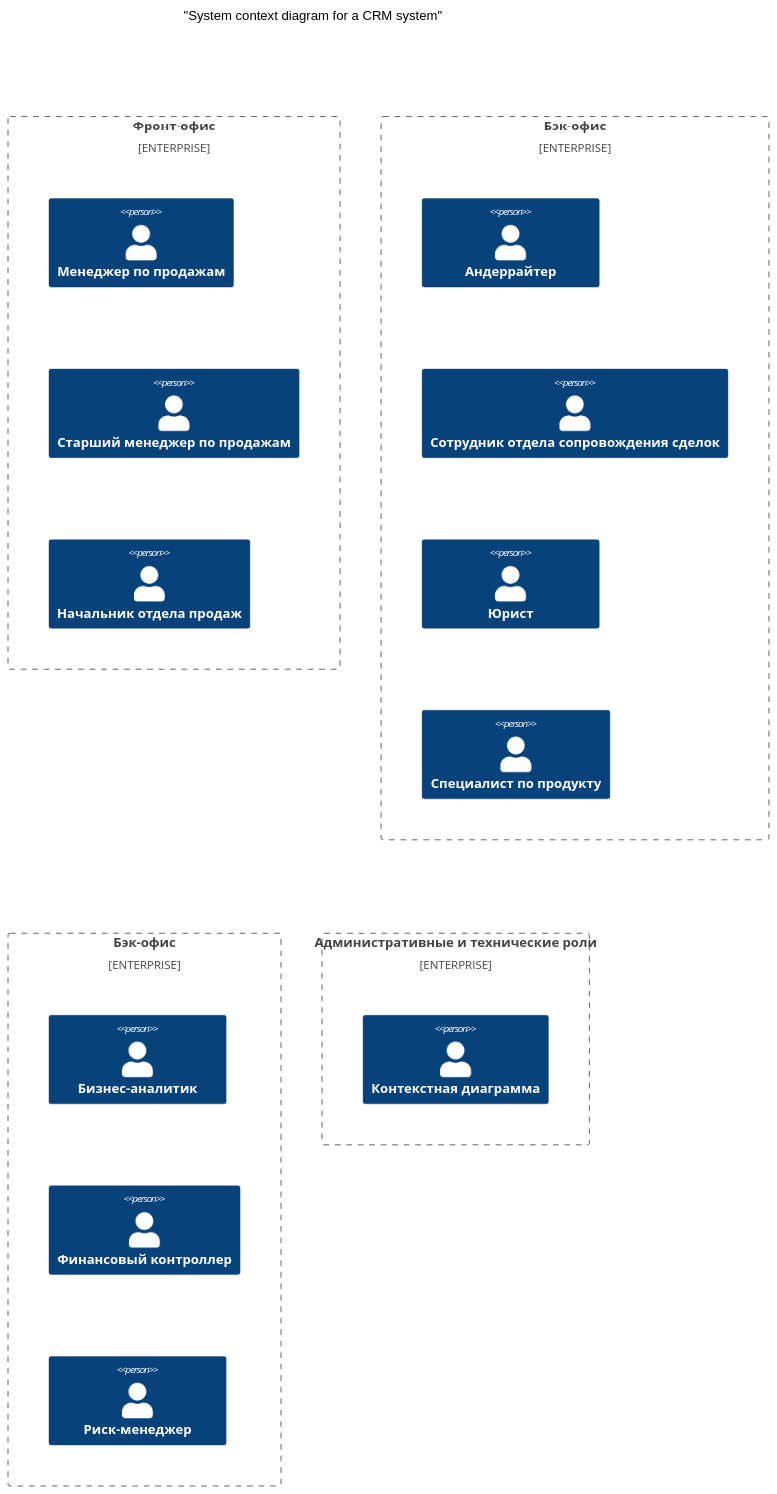
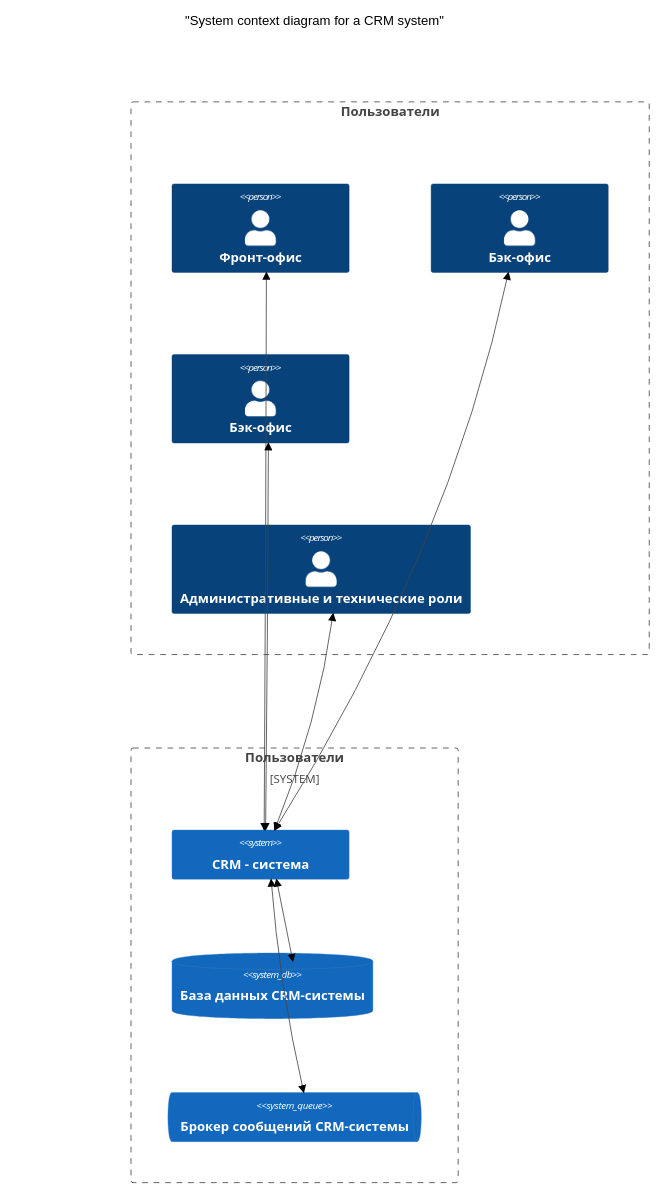
One commit to GAKiknadze/crm_for_insurance changed the diagram in docs/diagrams/c4/context.mmd. Above: the diagram before and after it, drawn with Mermaid (neutral theme). The commit also changed 2 other files, not shown here.

Commit message:
Updated context diagram

```diff
--- a/docs/diagrams/c4/context.mmd
+++ b/docs/diagrams/c4/context.mmd
@@ -1,25 +1,27 @@
 C4Context
     title "System context diagram for a CRM system"
     
-    Enterprise_Boundary(front_office, "Фронт-офис") {
-        Person(manager, "Менеджер по продажам")
-        Person(senior_manager, "Старший менеджер по продажам")
-        Person(head_manager, "Начальник отдела продаж")
+    Boundary(users, "Пользователи", "") {
+        Person(front_office, "Фронт-офис")
+        Person(back_office, "Бэк-офис")
+        Person(analytics, "Бэк-офис")
+        Person(admin, "Административные и технические роли")
     }
 
-    Enterprise_Boundary(back_office, "Бэк-офис") {
-        Person(underwriter, "Андеррайтер")
-        Person(transaction_support, "Сотрудник отдела сопровождения сделок")
-        Person(lawyer, "Юрист")
-        Person(product_specialist, "Специалист по продукту")
+    System_Boundary(system, "Пользователи", "") {
+        System(crm_system, "CRM - система")
+        SystemDb(crm_db, "База данных CRM-системы")
+        SystemQueue(crm_broker, "Брокер сообщений CRM-системы")
+        
+        BiRel(crm_system, crm_db, "")
+        BiRel(crm_system, crm_broker, "")
     }
 
-    Enterprise_Boundary(analytics, "Бэк-офис") {
-        Person(business_analyst, "Бизнес-аналитик")
-        Person(financial_controller, "Финансовый контроллер")
-        Person(risk_manager, "Риск-менеджер")
-    }
 
-    Enterprise_Boundary(admin, "Административные и технические роли") {
-        Person(crm_admin, "Контекстная диаграмма")
-    }
+
+    BiRel(front_office, crm_system, "")
+    BiRel(back_office, crm_system, "")
+    BiRel(analytics, crm_system, "")
+    BiRel(admin, crm_system, "")
+
+    UpdateLayoutConfig($c4ShapeInRow="2", $c4BoundaryInRow="1")
```
